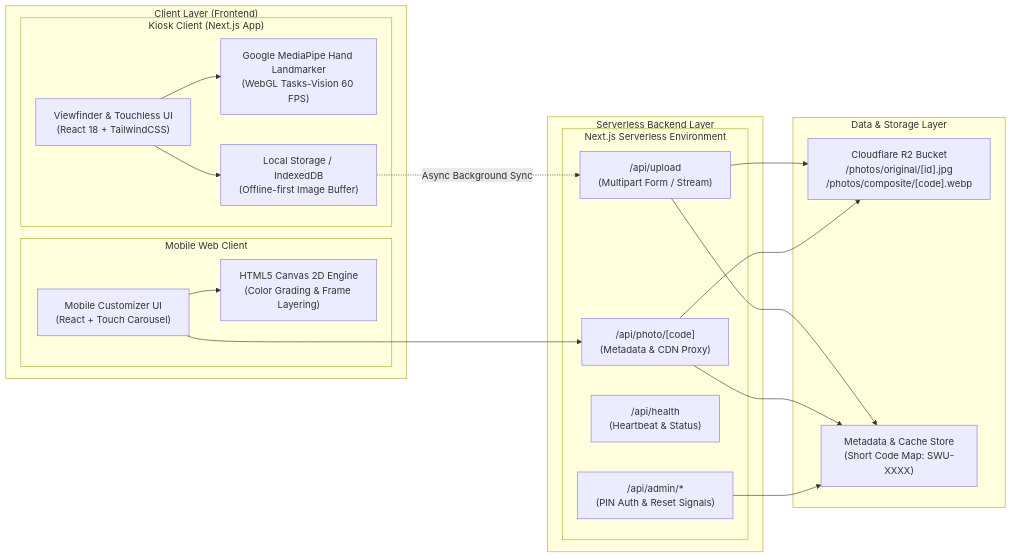
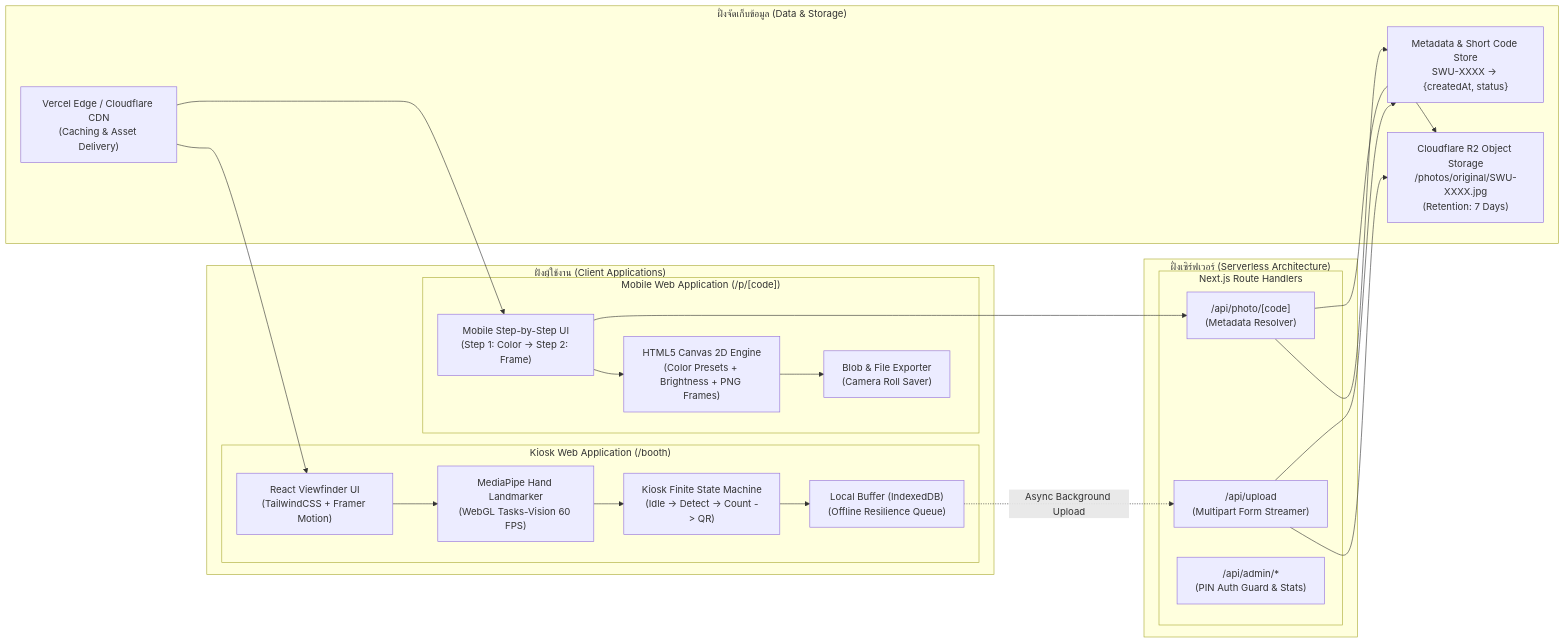
Before and after one commit to icelandz9/swu-openhouse: the second of 12 diagrams in ducument-sathit/task01/system-architecture-and-sequence-flow.md, drawn with Mermaid. The commit also changed other lines of this file and 1 other file, not shown here.

Commit message:
docs: finalize pure Photo Booth System Architecture and Sequence Flows based on grill-me locks

````diff
--- a/ducument-sathit/task01/system-architecture-and-sequence-flow.md
+++ b/ducument-sathit/task01/system-architecture-and-sequence-flow.md
@@ -85,41 +75,48 @@
 ```mermaid
 flowchart LR
-    subgraph ClientLayer["Client Layer (Frontend)"]
-        subgraph KioskContainer["Kiosk Client (Next.js App)"]
-            UIKiosk["Viewfinder & Touchless UI<br>(React 18 + TailwindCSS)"]
-            AIEngine["Google MediaPipe Hand Landmarker<br>(WebGL Tasks-Vision 60 FPS)"]
-            LocalQueue["Local Storage / IndexedDB<br>(Offline-first Image Buffer)"]
+    subgraph ClientContainers["ฝั่งผู้ใช้งาน (Client Applications)"]
+        subgraph KioskApp["Kiosk Web Application (/booth)"]
+            K_UI["React Viewfinder UI<br>(TailwindCSS + Framer Motion)"]
+            K_AI["MediaPipe Hand Landmarker<br>(WebGL Tasks-Vision 60 FPS)"]
+            K_FSM["Kiosk Finite State Machine<br>(Idle -> Detect -> Count -> QR)"]
+            K_Cache["Local Buffer (IndexedDB)<br>(Offline Resilience Queue)"]
         end
 
-        subgraph MobileContainer["Mobile Web Client"]
-            UIMobile["Mobile Customizer UI<br>(React + Touch Carousel)"]
-            CanvasEngine["HTML5 Canvas 2D Engine<br>(Color Grading & Frame Layering)"]
+        subgraph MobileApp["Mobile Web Application (/p/[code])"]
+            M_UI["Mobile Step-by-Step UI<br>(Step 1: Color -> Step 2: Frame)"]
+            M_Canvas["HTML5 Canvas 2D Engine<br>(Color Presets + Brightness + PNG Frames)"]
+            M_Exporter["Blob & File Exporter<br>(Camera Roll Saver)"]
         end
     end
 
-    subgraph ServerLayer["Serverless Backend Layer"]
-        subgraph NextServer["Next.js Serverless Environment"]
-            UploadAPI["/api/upload<br>(Multipart Form / Stream)"]
-            PhotoAPI["/api/photo/[code]<br>(Metadata & CDN Proxy)"]
-            HealthAPI["/api/health<br>(Heartbeat & Status)"]
-            AdminAPI["/api/admin/*<br>(PIN Auth & Reset Signals)"]
+    subgraph ServerContainers["ฝั่งเซิร์ฟเวอร์ (Serverless Architecture)"]
+        subgraph NextServer["Next.js Route Handlers"]
+            UploadHandler["/api/upload<br>(Multipart Form Streamer)"]
+            PhotoHandler["/api/photo/[code]<br>(Metadata Resolver)"]
+            AdminHandler["/api/admin/*<br>(PIN Auth Guard & Stats)"]
         end
     end
 
-    subgraph StorageLayer["Data & Storage Layer"]
-        R2Bucket["Cloudflare R2 Bucket<br>/photos/original/[id].jpg<br>/photos/composite/[code].webp"]
-        KVStore["Metadata & Cache Store<br>(Short Code Map: SWU-XXXX)"]
+    subgraph DataContainers["ฝั่งจัดเก็บข้อมูล (Data & Storage)"]
+        R2Bucket["Cloudflare R2 Object Storage<br>/photos/original/SWU-XXXX.jpg<br>(Retention: 7 Days)"]
+        KVStore["Metadata & Short Code Store<br>SWU-XXXX -> {createdAt, status}"]
+        EdgeCDN["Vercel Edge / Cloudflare CDN<br>(Caching & Asset Delivery)"]
     end
 
-    UIKiosk --> AIEngine
-    UIKiosk --> LocalQueue
-    LocalQueue -.->|Async Background Sync| UploadAPI
-    UploadAPI --> R2Bucket
-    UploadAPI --> KVStore
+    K_UI --> K_AI
+    K_AI --> K_FSM
+    K_FSM --> K_Cache
+    K_Cache -.->|Async Background Upload| UploadHandler
 
-    UIMobile --> CanvasEngine
-    UIMobile --> PhotoAPI
-    PhotoAPI --> KVStore
-    PhotoAPI --> R2Bucket
-    AdminAPI --> KVStore
+    UploadHandler --> R2Bucket
+    UploadHandler --> KVStore
+
+    M_UI --> M_Canvas
+    M_Canvas --> M_Exporter
+    M_UI --> PhotoHandler
+    PhotoHandler --> KVStore
+    PhotoHandler --> R2Bucket
+
+    EdgeCDN --> K_UI
+    EdgeCDN --> M_UI
 ```
````
